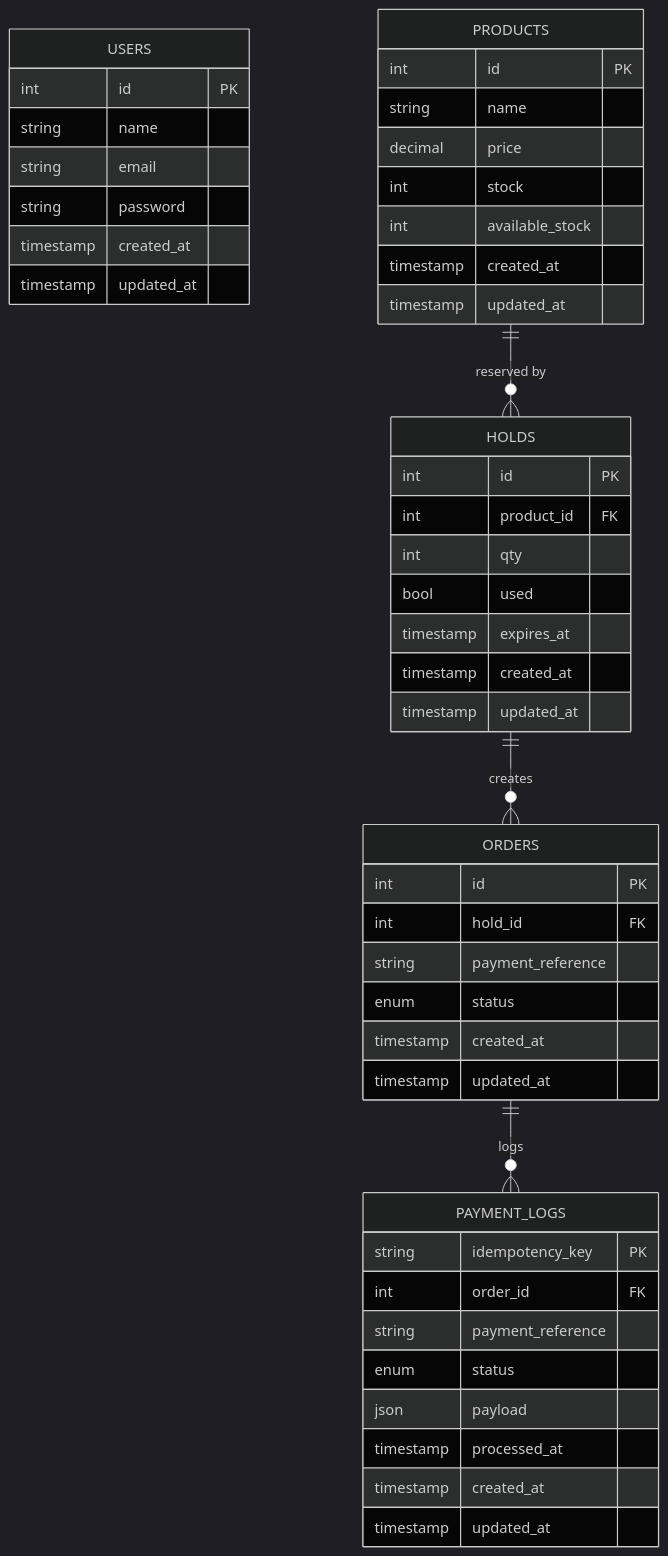
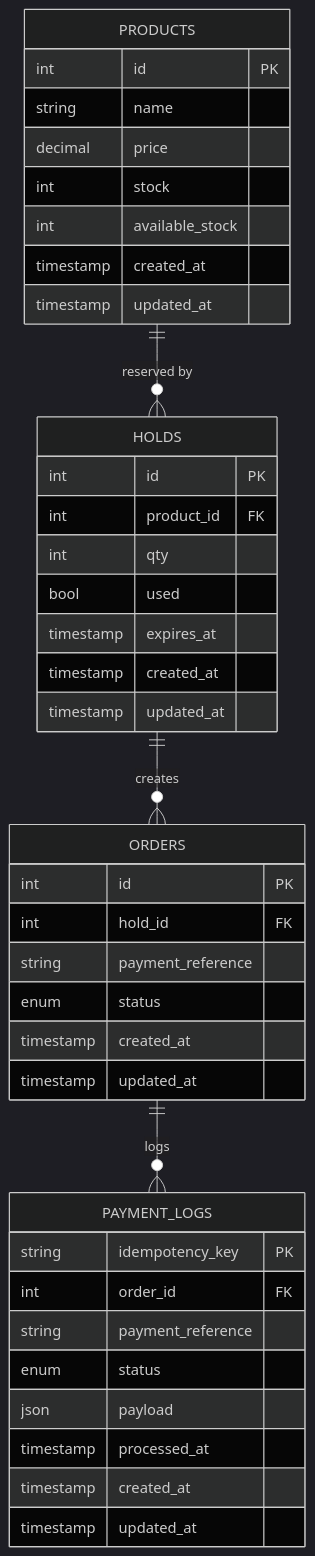
Before and after one commit to Abdelrahman435/GetPayIn: the diagram in README.md, drawn with Mermaid (dark theme).

Commit message:
Delete USERS entity from ER diagram
Removed USERS entity from the ER diagram in README.

````diff
--- a/README.md
+++ b/README.md
@@ -123,56 +123,47 @@
 ```mermaid
 erDiagram
-
-    USERS {
-        int id PK
-        string name
-        string email
-        string password
-        timestamp created_at
-        timestamp updated_at
-    }
 
     PRODUCTS {
         int id PK
         string name
         decimal price
         int stock
         int available_stock
         timestamp created_at
         timestamp updated_at
     }
 
     HOLDS {
         int id PK
         int product_id FK
         int qty
         bool used
         timestamp expires_at
         timestamp created_at
         timestamp updated_at
     }
 
     ORDERS {
         int id PK
         int hold_id FK
         string payment_reference
         enum status
         timestamp created_at
         timestamp updated_at
     }
 
     PAYMENT_LOGS {
         string idempotency_key PK
         int order_id FK
         string payment_reference
         enum status
         json payload
         timestamp processed_at
         timestamp created_at
         timestamp updated_at
     }
 
     PRODUCTS ||--o{ HOLDS : "reserved by"
     HOLDS ||--o{ ORDERS : "creates"
     ORDERS ||--o{ PAYMENT_LOGS : "logs"
 ```
````
